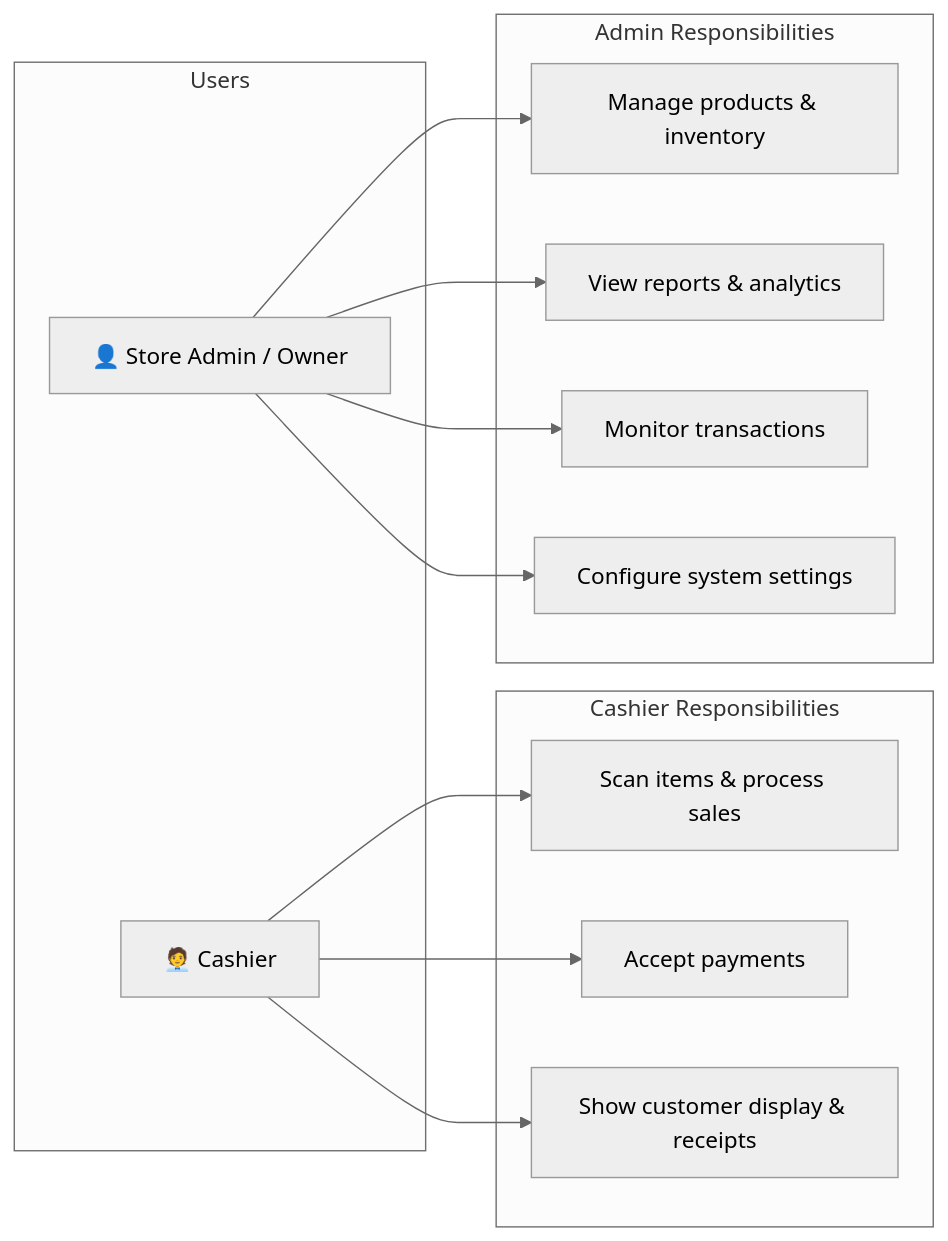
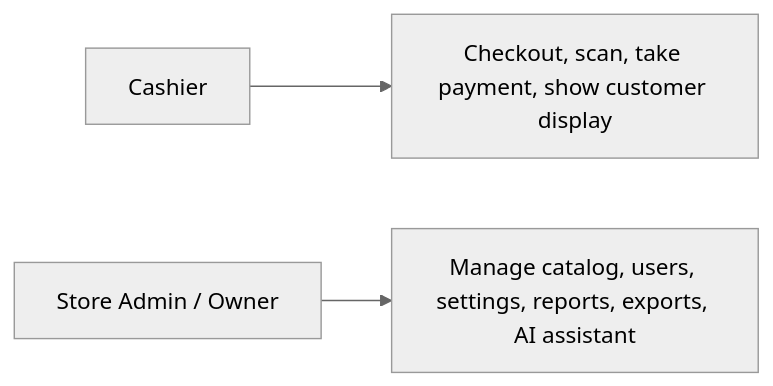
One commit to BootlegYouki/at-iba-pa-pos changed the diagram in docs/01-overview.md. Above: the diagram before and after it, drawn with Mermaid (neutral theme). The commit also changed other lines of this file and 10 other files, not shown here.

First line of the commit message:
Refactor user guide and database schema documentation; enhance export reports feature

````diff
--- a/docs/01-overview.md
+++ b/docs/01-overview.md
@@ -13,28 +18,8 @@
 ```mermaid
 graph LR
-    subgraph Users
-        Cashier["🧑‍💼 Cashier"]
-        Admin["👤 Store Admin / Owner"]
-    end
+    Cashier["Cashier"]
+    Admin["Store Admin / Owner"]
 
-    subgraph Cashier_Tasks["Cashier Responsibilities"]
-        C1["Scan items & process sales"]
-        C2["Accept payments"]
-        C3["Show customer display & receipts"]
-    end
-
-    subgraph Admin_Tasks["Admin Responsibilities"]
-        A1["Manage products & inventory"]
-        A2["View reports & analytics"]
-        A3["Monitor transactions"]
-        A4["Configure system settings"]
-    end
-
-    Cashier --> C1
-    Cashier --> C2
-    Cashier --> C3
-    Admin --> A1
-    Admin --> A2
-    Admin --> A3
-    Admin --> A4
+    Cashier --> CashierTasks["Checkout, scan, take payment, show customer display"]
+    Admin --> AdminTasks["Manage catalog, users, settings, reports, exports, AI assistant"]
 ```
````
